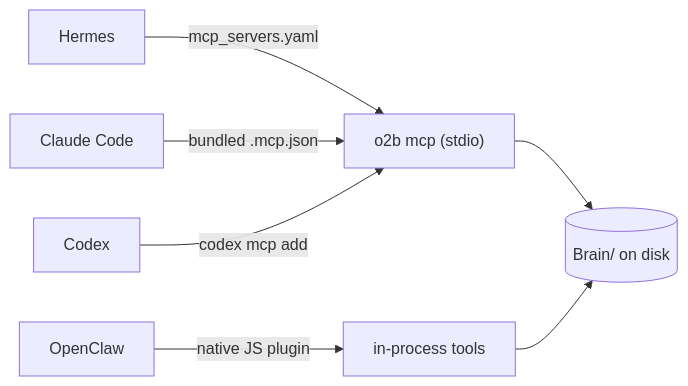
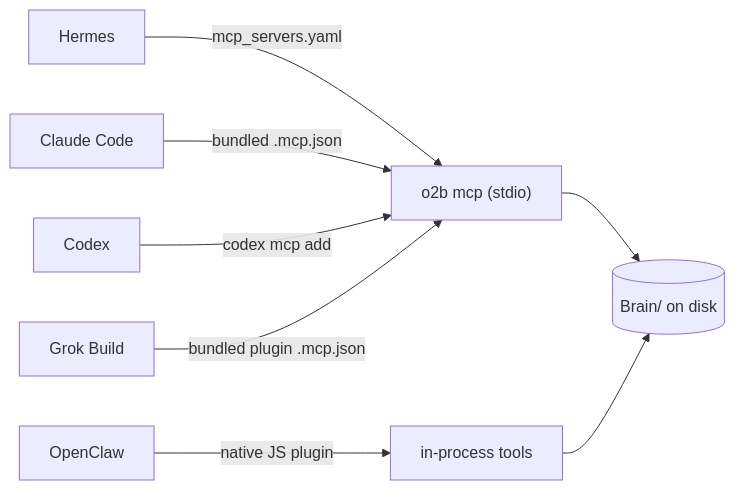
The ninth of 12 diagrams in docs/how-it-works.md (itechmeat/open-second-brain), drawn with Mermaid before and after one commit. The commit also changed other lines of this file and 4 other files, not shown here.

````diff
--- a/docs/how-it-works.md
+++ b/docs/how-it-works.md
@@ -670,9 +670,10 @@
 ```mermaid
 graph LR
     Hermes -- "mcp_servers.yaml" --> Stdio["o2b mcp (stdio)"]
     ClaudeCode["Claude Code"] -- "bundled .mcp.json" --> Stdio
     Codex -- "codex mcp add" --> Stdio
+    GrokBuild["Grok Build"] -- "bundled plugin .mcp.json" --> Stdio
     OpenClaw -- "native JS plugin" --> InProc["in-process tools"]
     Stdio --> Vault[(Brain/ on disk)]
     InProc --> Vault
 ```
````
